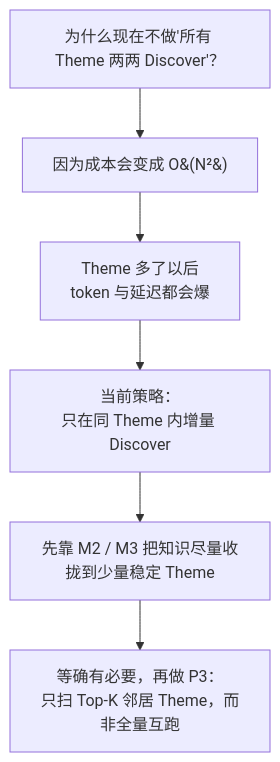
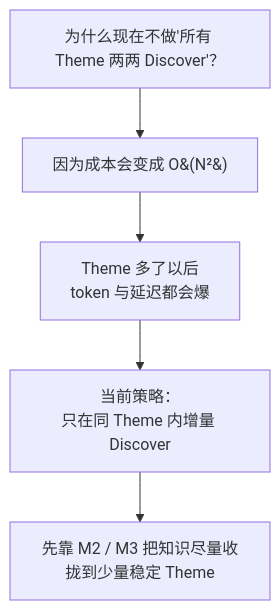
The third of 4 diagrams in README.md (searchbb/knowledge-fabric), drawn with Mermaid before and after one commit. The commit also changed other lines of this file and 52 other files, not shown here.

````diff
--- a/README.md
+++ b/README.md
@@ -92,8 +101,7 @@
 ```mermaid
 flowchart TD
     A[为什么现在不做'所有 Theme 两两 Discover'？] --> B[因为成本会变成 O&#40;N²&#41;]
     B --> C[Theme 多了以后<br/>token 与延迟都会爆]
     C --> D[当前策略：<br/>只在同 Theme 内增量 Discover]
     D --> E[先靠 M2 / M3 把知识尽量收拢到少量稳定 Theme]
-    E --> F[等确有必要，再做 P3：<br/>只扫 Top-K 邻居 Theme，而非全量互跑]
 ```
````
